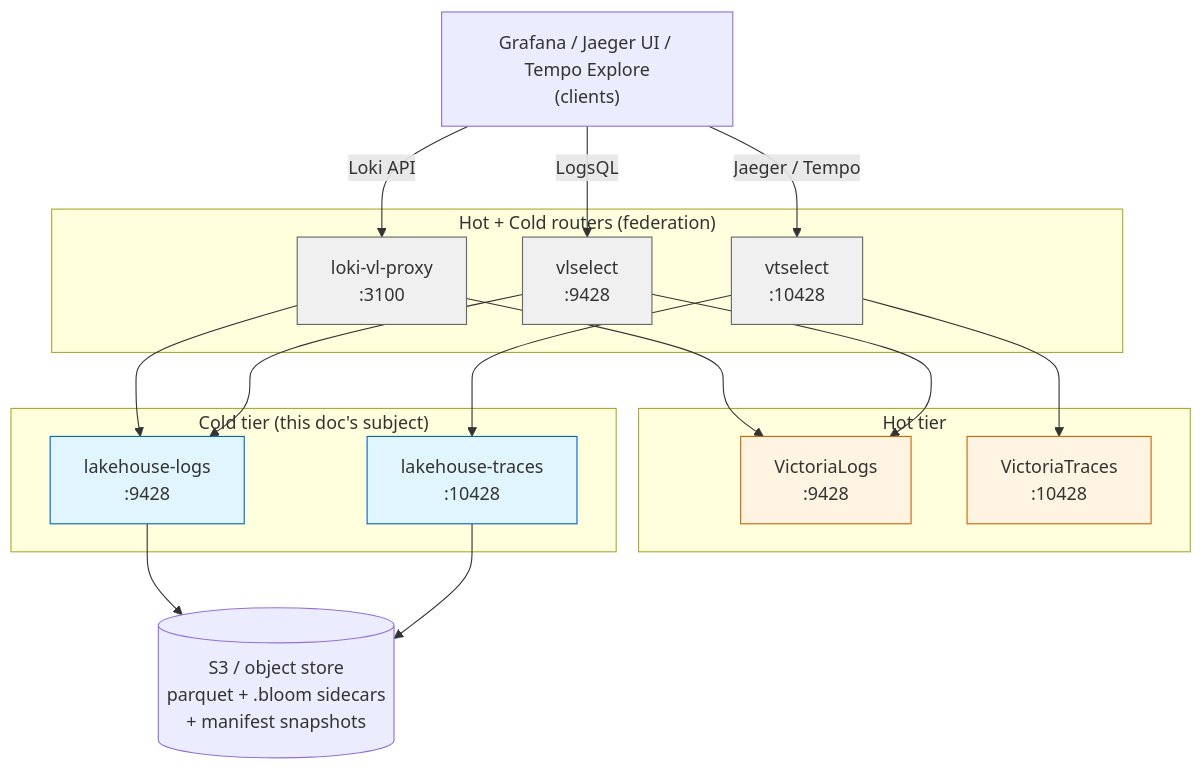
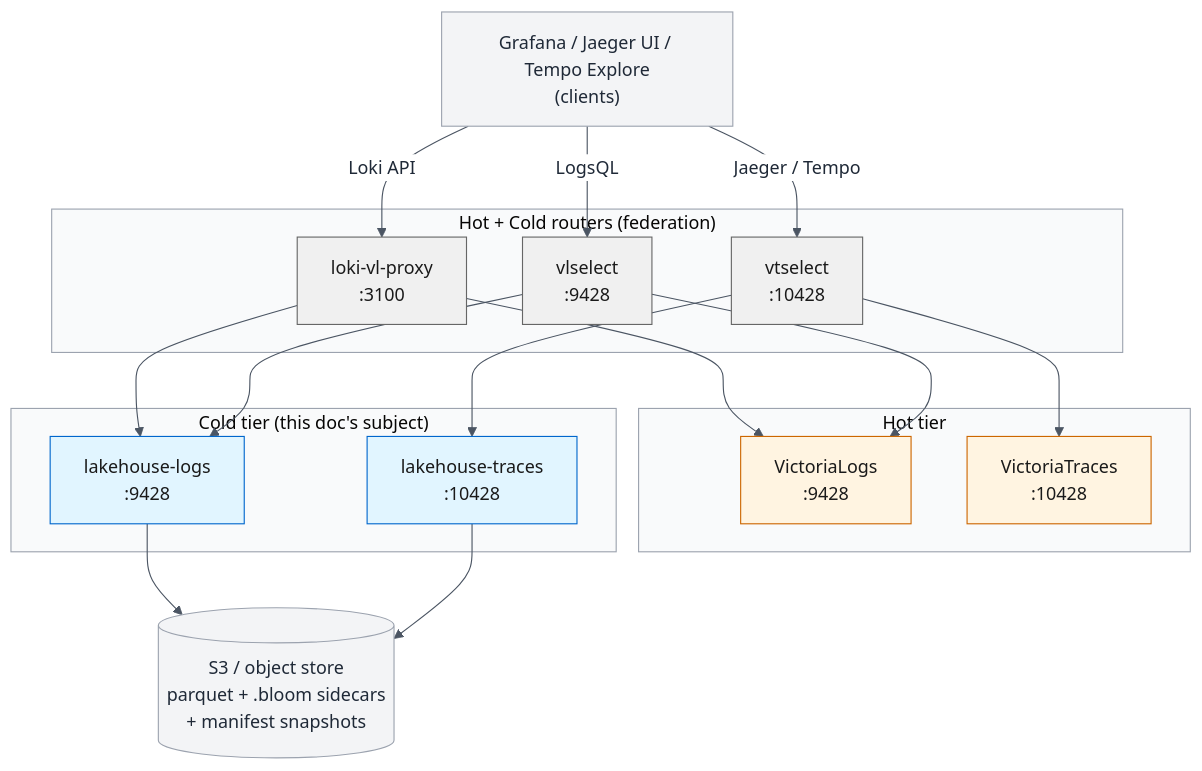
One commit to ReliablyObserve/victoria-lakehouse changed the first of 10 diagrams in docs/architecture/performance-machinery.md. Above: the diagram before and after it, drawn with Mermaid. The commit also changed other lines of this file, not shown here.

First line of the commit message:
docs(perf): force explicit colors so Mermaid diagrams read in dark mode

````diff
--- a/docs/architecture/performance-machinery.md
+++ b/docs/architecture/performance-machinery.md
@@ -37,43 +37,44 @@
 ```mermaid
+%%{init: {'theme':'base', 'themeVariables':{'fontFamily':'-apple-system,BlinkMacSystemFont,Segoe UI,Roboto,sans-serif','primaryColor':'#f3f4f6','primaryTextColor':'#1f2937','primaryBorderColor':'#9ca3af','lineColor':'#4b5563','secondaryColor':'#e5e7eb','tertiaryColor':'#f9fafb','background':'#ffffff','mainBkg':'#f3f4f6','clusterBkg':'#f9fafb','clusterBorder':'#9ca3af','edgeLabelBackground':'#ffffff','textColor':'#1f2937'}}}%%
 flowchart TB
     Clients["Grafana / Jaeger UI / Tempo Explore<br/>(clients)"]
 
     subgraph Routers["Hot + Cold routers (federation)"]
         VLSel["vlselect<br/>:9428"]
         VTSel["vtselect<br/>:10428"]
         LokiProxy["loki-vl-proxy<br/>:3100"]
     end
 
     subgraph Hot["Hot tier"]
         VL["VictoriaLogs<br/>:9428"]
         VT["VictoriaTraces<br/>:10428"]
     end
 
     subgraph Cold["Cold tier (this doc's subject)"]
         LHLogs["lakehouse-logs<br/>:9428"]
         LHTraces["lakehouse-traces<br/>:10428"]
     end
 
     S3[("S3 / object store<br/>parquet + .bloom sidecars<br/>+ manifest snapshots")]
 
     Clients -->|LogsQL| VLSel
     Clients -->|Jaeger / Tempo| VTSel
     Clients -->|Loki API| LokiProxy
     LokiProxy --> LHLogs
     LokiProxy --> VL
 
     VLSel --> VL
     VLSel --> LHLogs
     VTSel --> VT
     VTSel --> LHTraces
 
     LHLogs --> S3
     LHTraces --> S3
 
-    classDef cold fill:#e1f5ff,stroke:#0066cc
-    classDef hot fill:#fff4e1,stroke:#cc6600
-    classDef router fill:#f0f0f0,stroke:#666
+    classDef cold fill:#e1f5ff,stroke:#0066cc,color:#1a1a1a
+    classDef hot fill:#fff4e1,stroke:#cc6600,color:#1a1a1a
+    classDef router fill:#f0f0f0,stroke:#666,color:#1a1a1a
     class LHLogs,LHTraces cold
     class VL,VT hot
     class VLSel,VTSel,LokiProxy router
 ```
````
